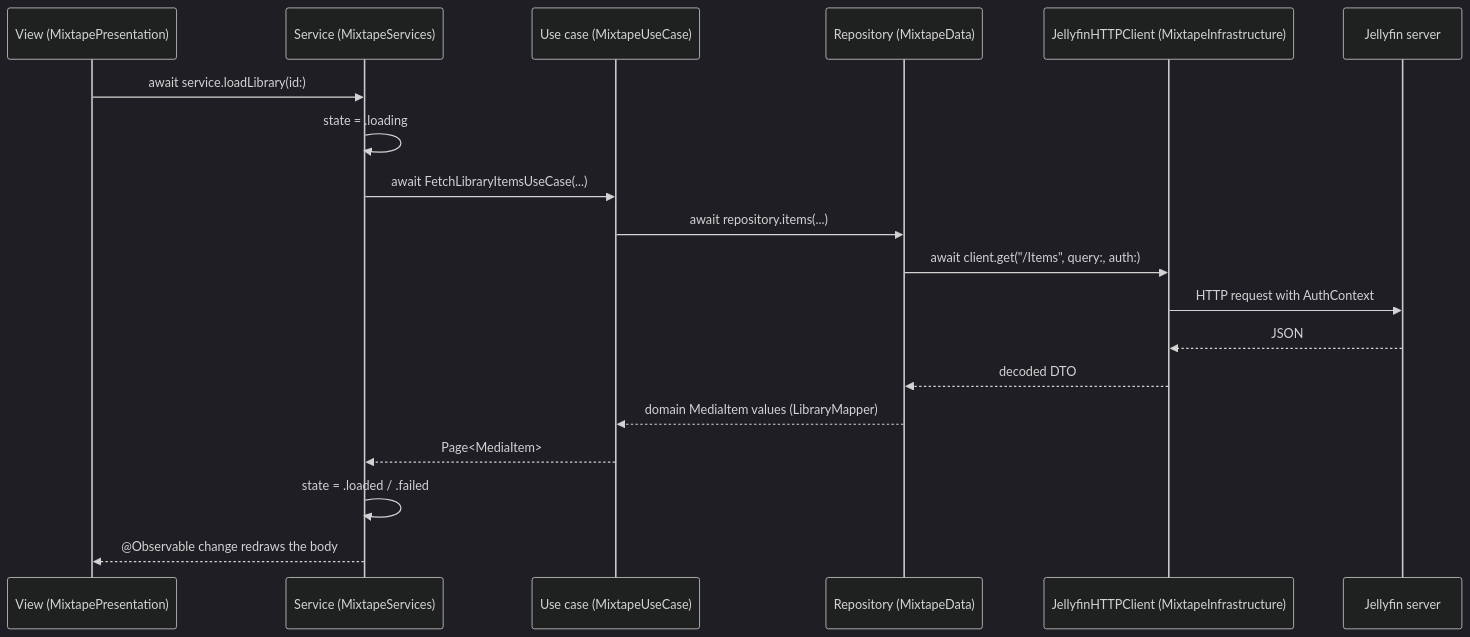
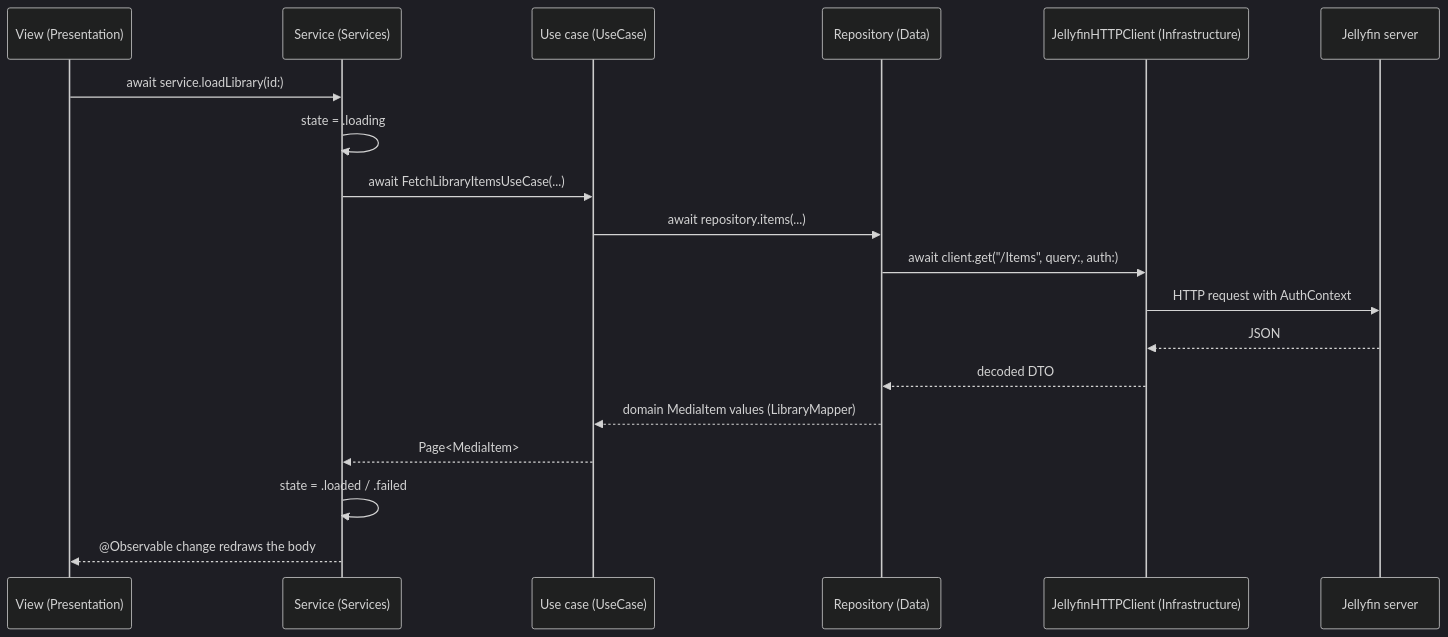
One commit to jamielesouef/mix-tape changed the second of 2 diagrams in docs/architecture/ios-architecture.md. Above: the diagram before and after it, drawn with Mermaid (dark theme). The commit also changed other lines of this file and 608 other files, not shown here.

````diff
--- a/docs/architecture/ios-architecture.md
+++ b/docs/architecture/ios-architecture.md
@@ -116,22 +109,22 @@
 ```mermaid
 sequenceDiagram
-    participant V as View (MixtapePresentation)
-    participant S as Service (MixtapeServices)
-    participant U as Use case (MixtapeUseCase)
-    participant R as Repository (MixtapeData)
-    participant C as JellyfinHTTPClient (MixtapeInfrastructure)
+    participant V as View (Presentation)
+    participant S as Service (Services)
+    participant U as Use case (UseCase)
+    participant R as Repository (Data)
+    participant C as JellyfinHTTPClient (Infrastructure)
     participant J as Jellyfin server
 
     V->>S: await service.loadLibrary(id:)
     S->>S: state = .loading
     S->>U: await FetchLibraryItemsUseCase(...)
     U->>R: await repository.items(...)
     R->>C: await client.get("/Items", query:, auth:)
     C->>J: HTTP request with AuthContext
     J-->>C: JSON
     C-->>R: decoded DTO
     R-->>U: domain MediaItem values (LibraryMapper)
     U-->>S: Page<MediaItem>
     S->>S: state = .loaded / .failed
     S-->>V: @Observable change redraws the body
 ```
````
